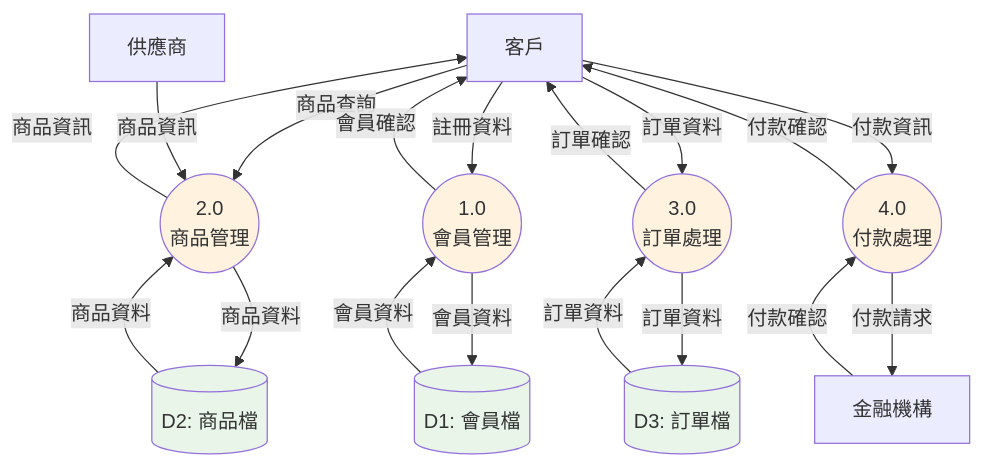
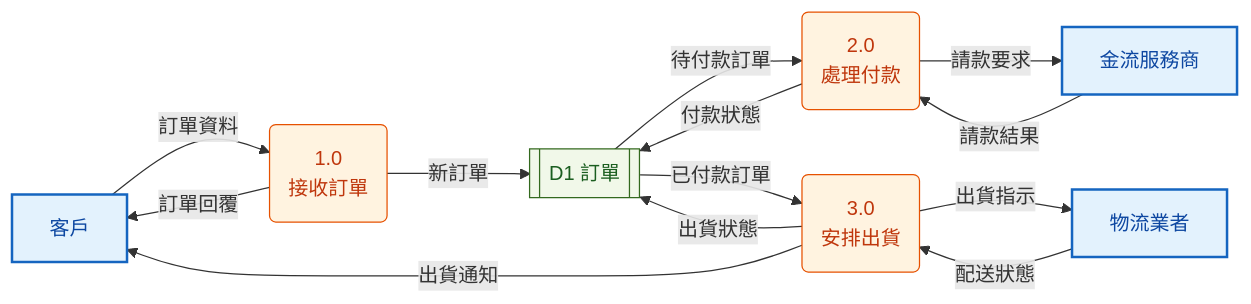
Diagram 16 of 35 in content/posts/教學/分析與設計/資料流程圖(DFD)教學.md (chihhung/Blog), drawn with Mermaid before and after one commit. The commit also changed other lines of this file and 1 other file, not shown here.

````diff
--- a/content/posts/教學/分析與設計/資料流程圖(DFD)教學.md
+++ b/content/posts/教學/分析與設計/資料流程圖(DFD)教學.md
@@ -691,33 +1203,25 @@
 ```mermaid
-graph TD
-    A[客戶] -->|註冊資料| B((1.0<br/>會員管理))
-    A -->|商品查詢| C((2.0<br/>商品管理))
-    A -->|訂單資料| D((3.0<br/>訂單處理))
-    A -->|付款資訊| E((4.0<br/>付款處理))
-    
-    B -->|會員確認| A
-    C -->|商品資訊| A
-    D -->|訂單確認| A
-    E -->|付款確認| A
-    
-    B -->|會員資料| F[(D1: 會員檔)]
-    F -->|會員資料| B
-    
-    C -->|商品資料| G[(D2: 商品檔)]
-    G -->|商品資料| C
-    
-    D -->|訂單資料| H[(D3: 訂單檔)]
-    H -->|訂單資料| D
-    
-    I[供應商] -->|商品資訊| C
-    J[金融機構] -->|付款確認| E
-    E -->|付款請求| J
-    
-    style B fill:#fff3e0
-    style C fill:#fff3e0
-    style D fill:#fff3e0
-    style E fill:#fff3e0
-    style F fill:#e8f5e8
-    style G fill:#e8f5e8
-    style H fill:#e8f5e8
+flowchart LR
+    n1["客戶"]:::ent
+    n2["金流服務商"]:::ent
+    n3["物流業者"]:::ent
+    n4("1.0<br/>接收訂單"):::proc
+    n5("2.0<br/>處理付款"):::proc
+    n6("3.0<br/>安排出貨"):::proc
+    n7[["D1 訂單"]]:::store
+    n1 -->|訂單資料| n4
+    n4 -->|訂單回覆| n1
+    n4 -->|新訂單| n7
+    n7 -->|待付款訂單| n5
+    n5 -->|請款要求| n2
+    n2 -->|請款結果| n5
+    n5 -->|付款狀態| n7
+    n7 -->|已付款訂單| n6
+    n6 -->|出貨指示| n3
+    n3 -->|配送狀態| n6
+    n6 -->|出貨狀態| n7
+    n6 -->|出貨通知| n1
+    classDef ent fill:#e3f2fd,stroke:#1565c0,stroke-width:2px,color:#0d47a1
+    classDef proc fill:#fff3e0,stroke:#e65100,color:#bf360c
+    classDef store fill:#f1f8e9,stroke:#33691e,color:#1b5e20
 ```
````
